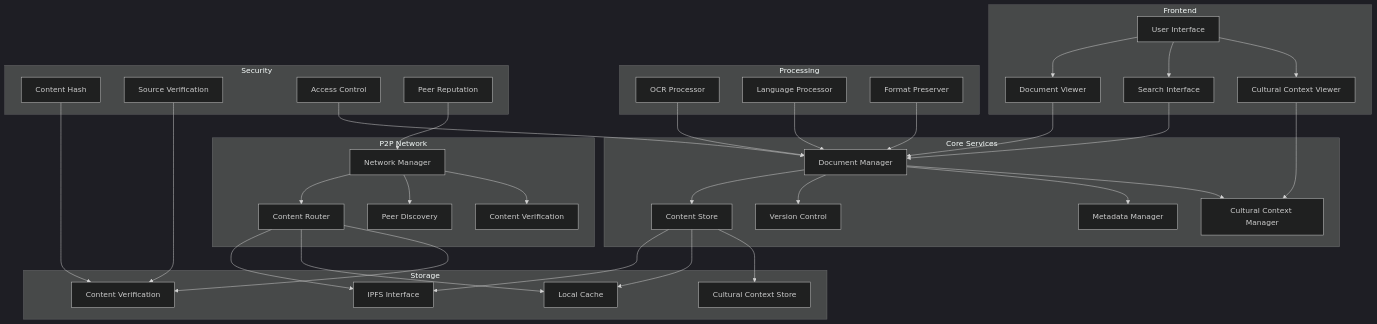
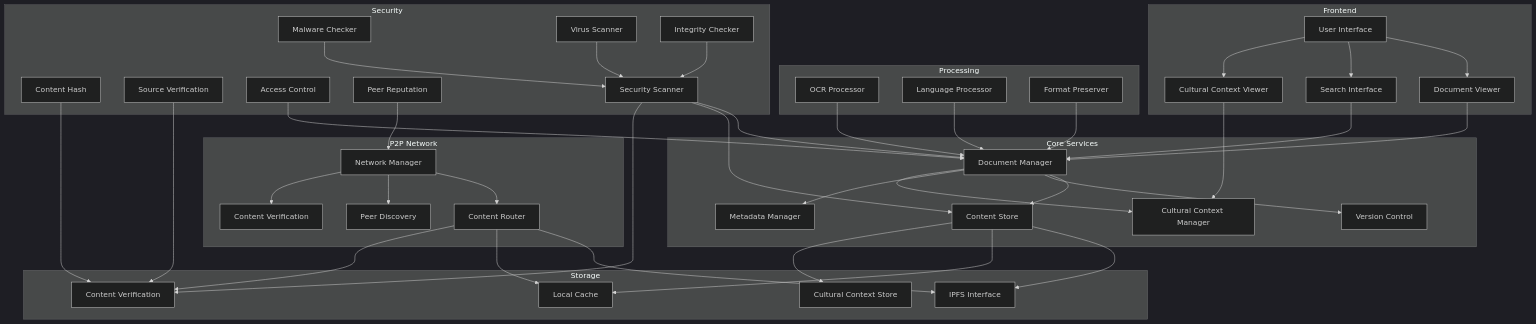
One commit to AlLibrary-Libertarian-knowledge/DocsAndResearch_AlLibrary changed the diagram in Software Engineering/component_diagram.md. Above: the diagram before and after it, drawn with Mermaid (dark theme). The commit also changed 17 other files, not shown here.

````diff
--- a/Software Engineering/component_diagram.md
+++ b/Software Engineering/component_diagram.md
@@ -46,6 +46,10 @@
         Source[Source Verification]
         Access[Access Control]
         Reputation[Peer Reputation]
+        Scanner[Security Scanner]
+        MalwareCheck[Malware Checker]
+        VirusScan[Virus Scanner]
+        IntegrityCheck[Integrity Checker]
     end
 
     %% Frontend Connections
@@ -83,4 +87,10 @@
     Source --> Verify
     Access --> DocManager
     Reputation --> Network
+    Scanner --> DocManager
+    Scanner --> Store
+    MalwareCheck --> Scanner
+    VirusScan --> Scanner
+    IntegrityCheck --> Scanner
+    Scanner --> Verify
 ```
````
